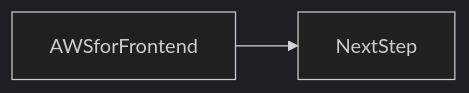
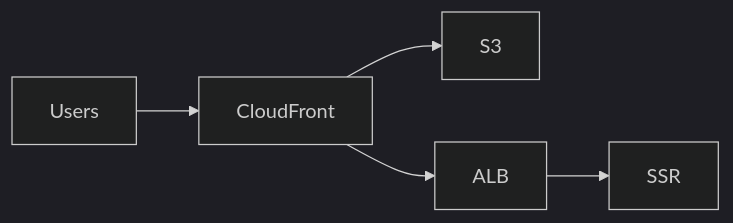
One commit to OmidJavaherii/Frontend-Engineering-Handbook changed the second of 2 diagrams in docs/en/19-deployment/aws-frontend/index.md. Above: the diagram before and after it, drawn with Mermaid (dark theme). The commit also changed other lines of this file and 461 other files, not shown here.

````diff
--- a/docs/en/19-deployment/aws-frontend/index.md
+++ b/docs/en/19-deployment/aws-frontend/index.md
@@ -94,4 +110,7 @@
 ```mermaid
 flowchart LR
-  concept[AWSforFrontend] --> nextStep[NextStep]
+  Users --> CF[CloudFront]
+  CF --> S3
+  CF --> ALB
+  ALB --> SSR
 ```
````
